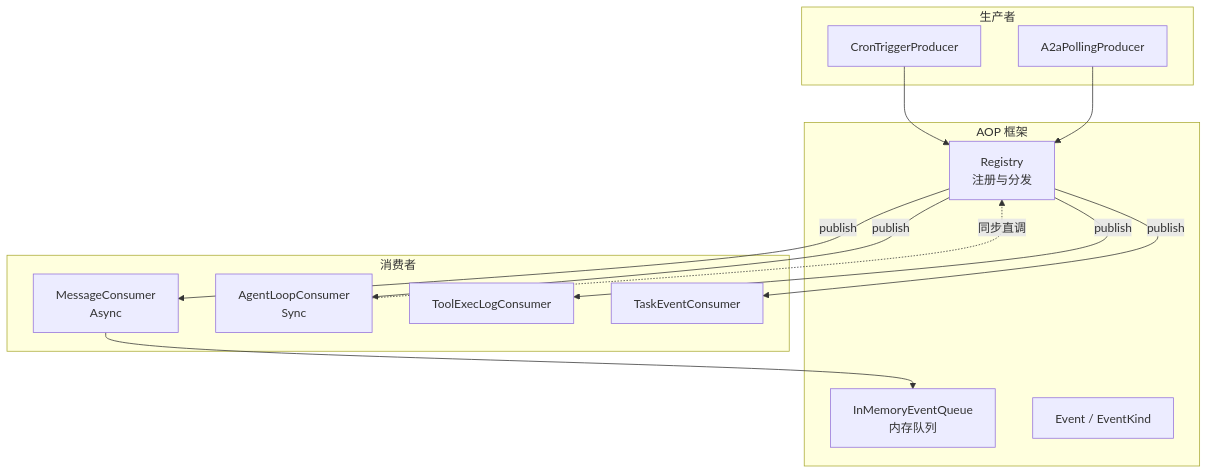
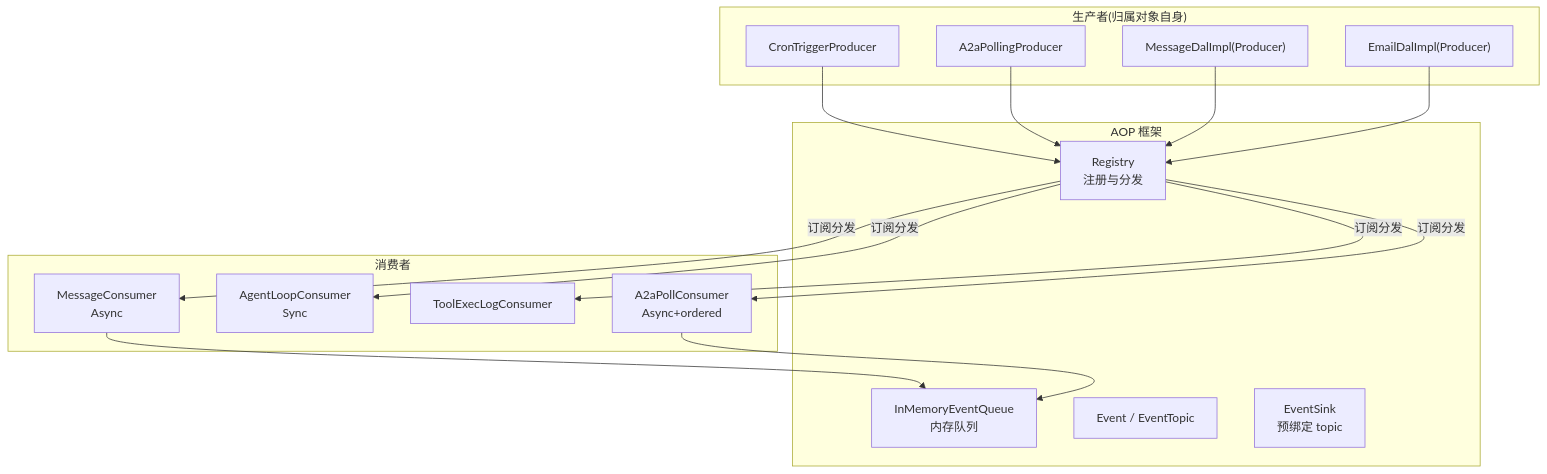
One commit to runningcoders/ai_orz changed the first of 7 diagrams in docs/wiki/zh/content/基础设施/AOP 事件系统/AOP 核心架构/生产者消费者模式.md. Above: the diagram before and after it, drawn with Mermaid. The commit also changed other lines of this file and 37 other files, not shown here.

````diff
--- a/docs/wiki/zh/content/基础设施/AOP 事件系统/AOP 核心架构/生产者消费者模式.md
+++ b/docs/wiki/zh/content/基础设施/AOP 事件系统/AOP 核心架构/生产者消费者模式.md
@@ -36,26 +50,31 @@
 ```mermaid
 graph TB
 subgraph "AOP 框架"
 REG["Registry<br/>注册与分发"]
 Q["InMemoryEventQueue<br/>内存队列"]
-EVT["Event / EventKind"]
+EVT["Event / EventTopic"]
+SINK["EventSink<br/>预绑定 topic"]
 end
-subgraph "生产者"
+subgraph "生产者(归属对象自身)"
 P1["CronTriggerProducer"]
 P2["A2aPollingProducer"]
+P3["MessageDalImpl(Producer)"]
+P4["EmailDalImpl(Producer)"]
 end
 subgraph "消费者"
 C1["MessageConsumer<br/>Async"]
 C2["AgentLoopConsumer<br/>Sync"]
 C3["ToolExecLogConsumer"]
-C4["TaskEventConsumer"]
+C4["A2aPollConsumer<br/>Async+ordered"]
 end
 P1 --> REG
 P2 --> REG
-REG --> |publish| C1
-REG --> |publish| C2
-REG --> |publish| C3
-REG --> |publish| C4
+P3 --> REG
+P4 --> REG
+REG --> |订阅分发| C1
+REG --> |订阅分发| C2
+REG --> |订阅分发| C3
+REG --> |订阅分发| C4
 C1 --> Q
-C2 -.->|"同步直调"| REG
+C4 --> Q
 ```
````
